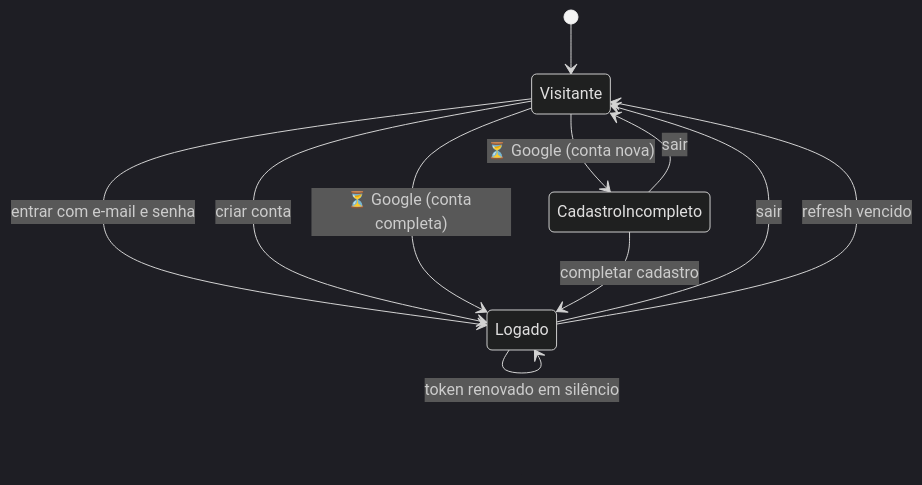
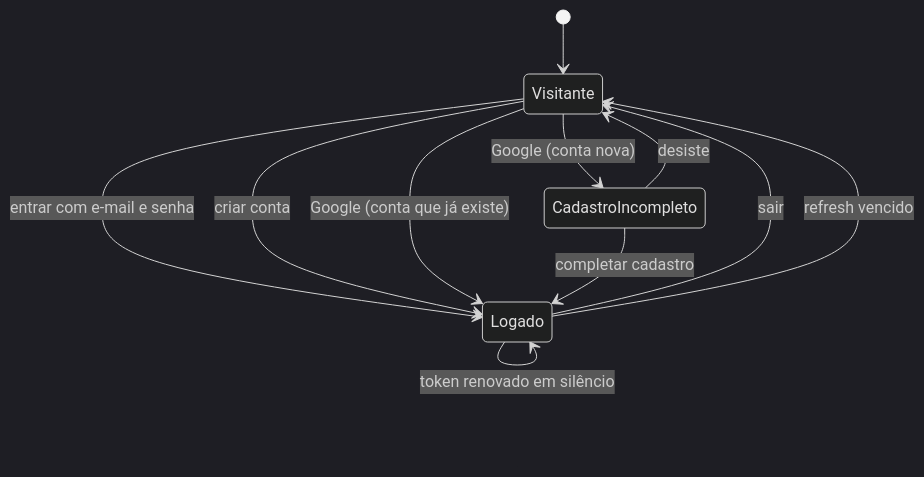
One commit to vinicius-fernandes-checkauto/checkauto-site changed the ninth of 10 diagrams in docs/fluxo-auth.md. Above: the diagram before and after it, drawn with Mermaid (dark theme). The commit also changed other lines of this file and 23 other files, not shown here.

````diff
--- a/docs/fluxo-auth.md
+++ b/docs/fluxo-auth.md
@@ -305,13 +305,13 @@
 ```mermaid
 stateDiagram-v2
     [*] --> Visitante
     Visitante --> Logado: entrar com e-mail e senha
     Visitante --> Logado: criar conta
-    Visitante --> CadastroIncompleto: ⏳ Google (conta nova)
-    Visitante --> Logado: ⏳ Google (conta completa)
+    Visitante --> CadastroIncompleto: Google (conta nova)
+    Visitante --> Logado: Google (conta que já existe)
     CadastroIncompleto --> Logado: completar cadastro
     Logado --> Logado: token renovado em silêncio
     Logado --> Visitante: sair
     Logado --> Visitante: refresh vencido
-    CadastroIncompleto --> Visitante: sair
+    CadastroIncompleto --> Visitante: desiste
 ```
````
